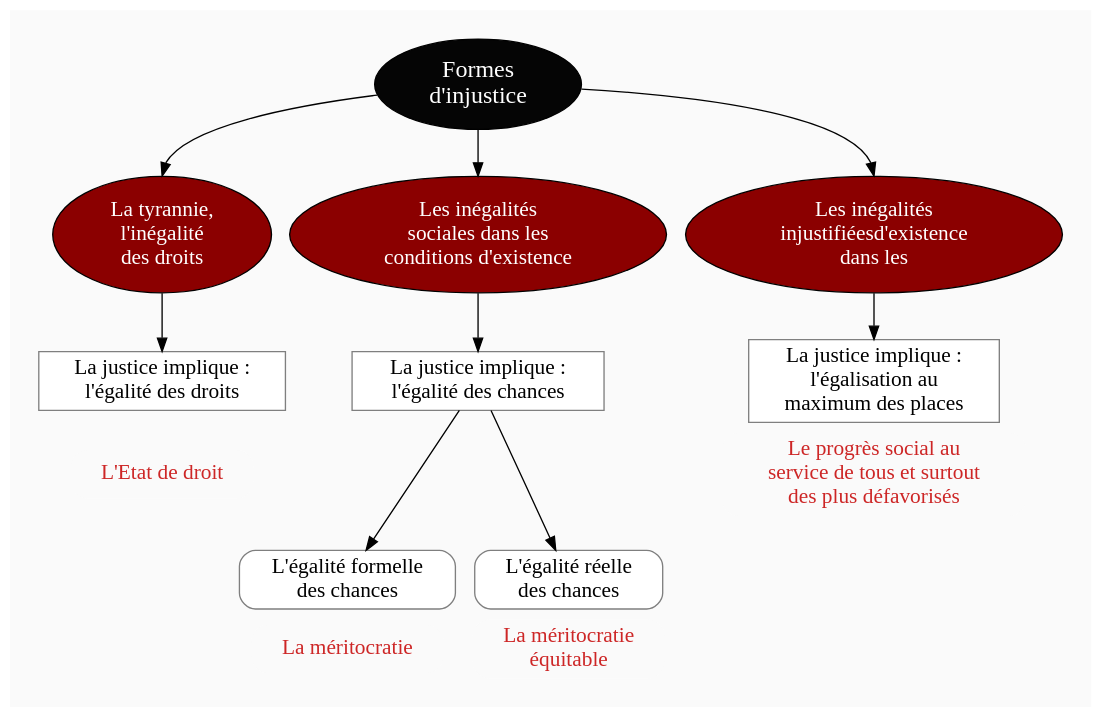
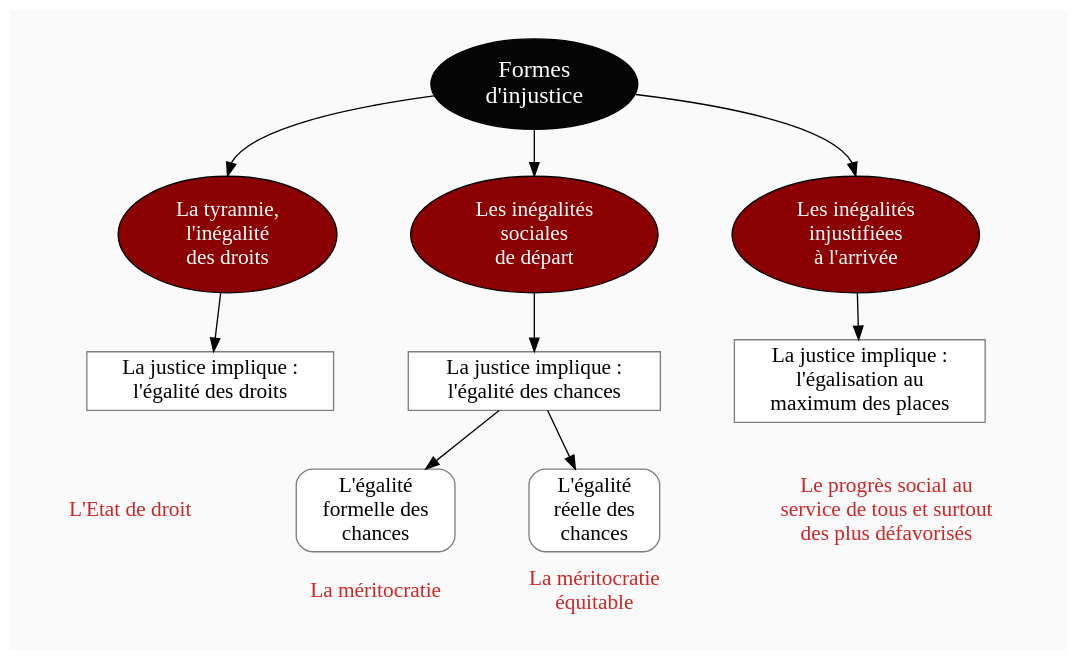
One commit to eyssette/graphviz-examples changed the diagram in diagram/formes-injustice-Rawls.dot. Above: the diagram before and after it, drawn with Graphviz.

```diff
--- a/diagram/formes-injustice-Rawls.dot
+++ b/diagram/formes-injustice-Rawls.dot
@@ -1,95 +1,103 @@
 digraph G {
 // Template : diagram
 // Usage : 
 //rankdir=LR
 splines=true
 //splines=curved
 bgcolor=grey98
 pad=0.3
 style=filled
 edge[minlen=4]
 node[style=filled, fontcolor=white]
 ranksep=0.1
 nodesep=0.2
 
 // NIVEAU 1
 node[fillcolor=grey2, fontsize=18]
 a1[label="Formes
 d'injustice"]
 
 // NIVEAU 2
 node[fillcolor=red4, fontsize=16]
 a1->{
 b1[label="La tyrannie,
 l'inégalité
 des droits"]    
 b2[label="Les inégalités
-sociales dans les
-conditions d'existence"]
+sociales
+de départ"]
 b3[label="Les inégalités
-injustifiéesd'existence
-dans les "]
+injustifiées
+à l'arrivée"]
 }[headport=n]
+
+{rank=same;b1->b2->b3[style=invis]}
 
 node[fontcolor=black]
 // NIVEAU 3 (sans intermédiaire)
 node [shape=box, fillcolor=white, color=grey50]
 // c1[label=""]
 b1->c1
 c1[label="La justice implique :
 l'égalité des droits"]
 b2->c2
 c2[label="La justice implique :
 l'égalité des chances"]
 b3->c3
 c3[label="La justice implique :
 l'égalisation au
 maximum des places"]
 
+{rank=same;c1->c2->c3[style=invis]}
+
 // INTERMÉDIAIRE AVANT NIVEAU 3
 node[fillcolor=grey78, shape=oval]
 // [arrowhead=none]
 // bc1[label=""e1[label=""]]
 
 // NIVEAU 3 (avec intermédiaire)
 node[fillcolor=white, shape=box, color=grey50]
 // c1[label=""]
 
 // NIVEAU 4
 node[style="filled,rounded", fillcolor=white, shape=box, color=grey50]
 // d1[label=""]
 c2->d1
-d1[label="L'égalité formelle
-des chances"]
+d1[label="L'égalité
+formelle des
+chances"]
 c2->d2
-d2[label="L'égalité réelle
-des chances"]
+d2[label="L'égalité
+réelle des
+chances"]
 
 // ÉTIQUETTES EN ROUGE
 node[shape=plaintext, fontcolor=firebrick3, fillcolor=grey98]
 // e1[label=< <B>= Titre</B><BR /><BR />Contenu<BR /> >]
 // e1[label=""]
 // ->e1[minlen=1, style=invis]
 c1->e1[minlen=1, style=invis]
 e1[label="L'Etat de droit"]
 
 d1->e2[minlen=1, style=invis]
 e2[label="La méritocratie"]
 
 d2->e3[minlen=1, style=invis]
 e3[label="La méritocratie
 équitable"]
 
 c3->e4[minlen=1, style=invis]
 e4[label="Le progrès social au 
 service de tous et surtout
 des plus défavorisés"]
 
+{rank=same;e1->d1->d2->e4[style=invis]}
+
 // REMARQUES EN BLEU
 node[color=blue, shape=box, margin=0.07, fontcolor=black, fontsize=12, style="dashed", penwidth=0.6]
 edge[color=blue, arrowhead="none", xlabel="", style="dashed", penwidth=0.6]
 // r1[label=""]
 // {rank=same;->r1}
 // {rank=same;r1->[dir=back]}
 
 }
```
